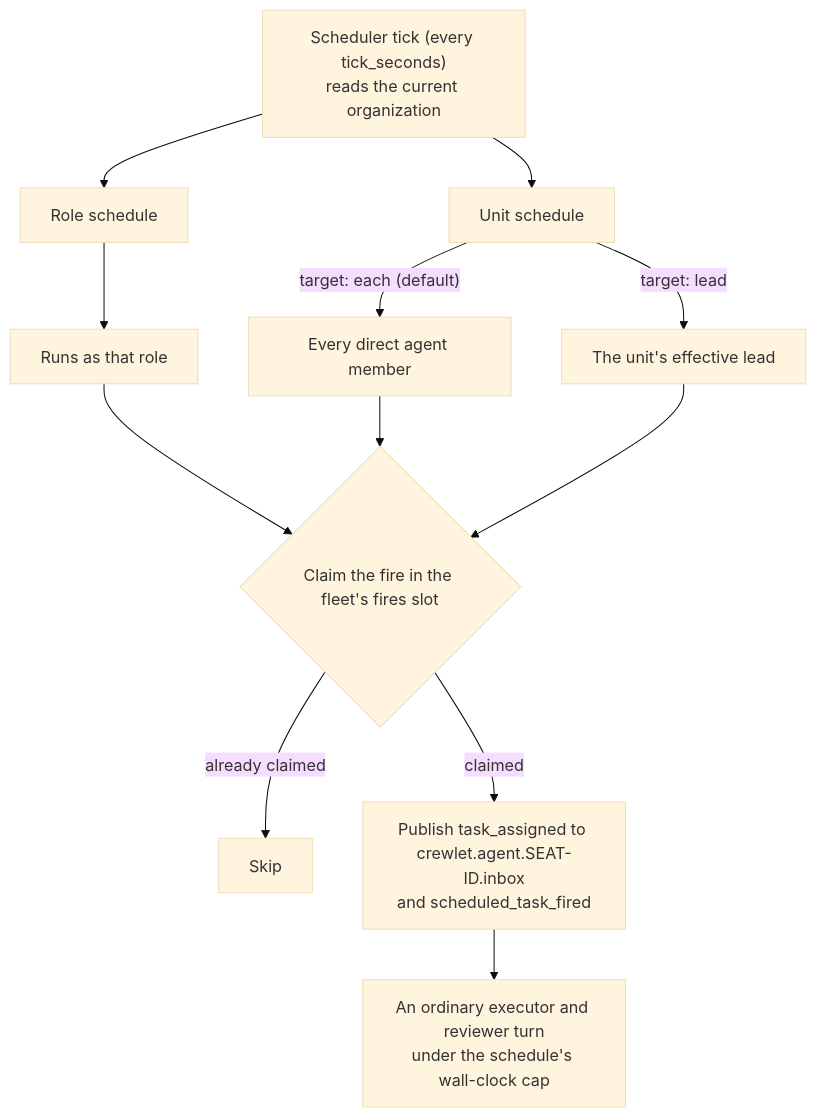
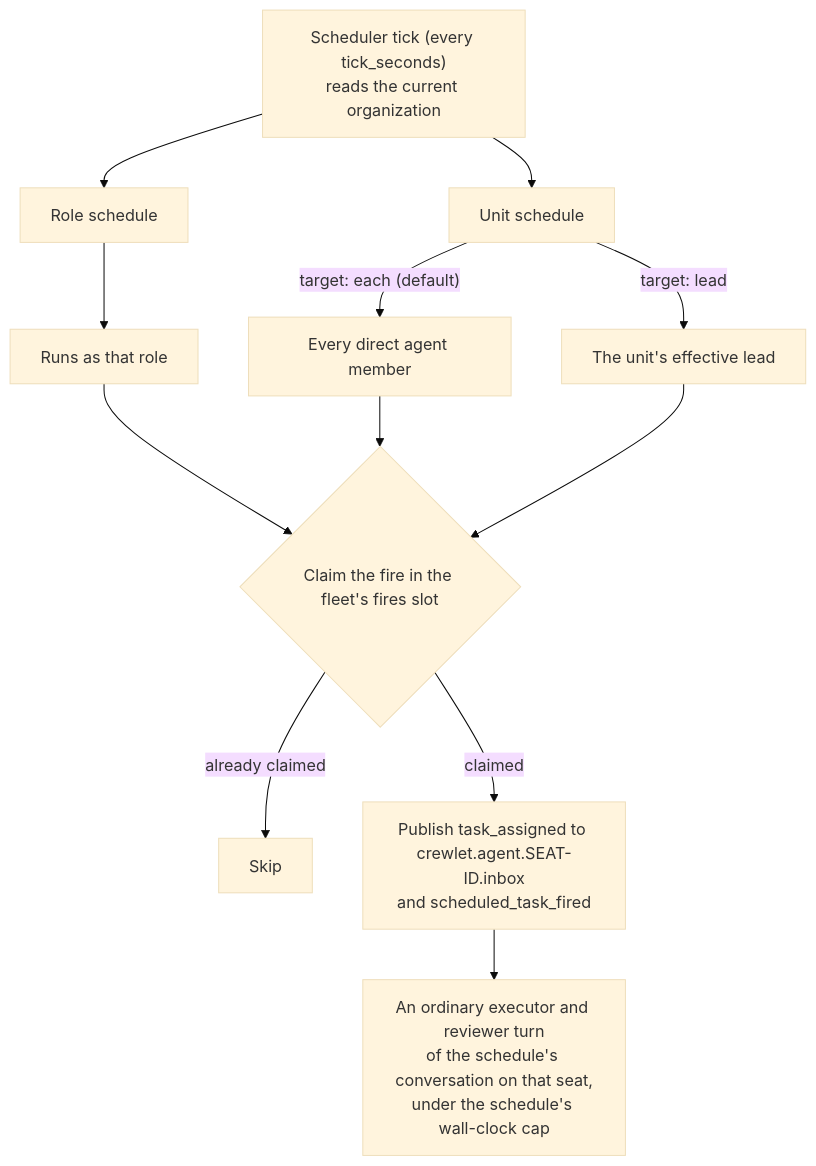
One commit to crewlet/crewlet changed the diagram in docs/concepts/scheduling.md. Above: the diagram before and after it, drawn with Mermaid (base theme). The commit also changed other lines of this file and 10 other files, not shown here.

````diff
--- a/docs/concepts/scheduling.md
+++ b/docs/concepts/scheduling.md
@@ -35,16 +40,16 @@
 ```mermaid
 flowchart TD
     T["Scheduler tick (every tick_seconds)<br/>reads the current organization"]
     T --> RS["Role schedule"]
     T --> US["Unit schedule"]
     RS --> ROLE["Runs as that role"]
     US -->|"target: each (default)"| EACH["Every direct agent member"]
     US -->|"target: lead"| LEAD["The unit's effective lead"]
     ROLE --> C
     EACH --> C
     LEAD --> C
     C{"Claim the fire in the fleet's fires slot"}
     C -->|"already claimed"| SKIP["Skip"]
     C -->|"claimed"| P["Publish task_assigned to crewlet.agent.SEAT-ID.inbox<br/>and scheduled_task_fired"]
-    P --> TURN["An ordinary executor and reviewer turn<br/>under the schedule's wall-clock cap"]
+    P --> TURN["An ordinary executor and reviewer turn<br/>of the schedule's conversation on that seat,<br/>under the schedule's wall-clock cap"]
 ```
````
